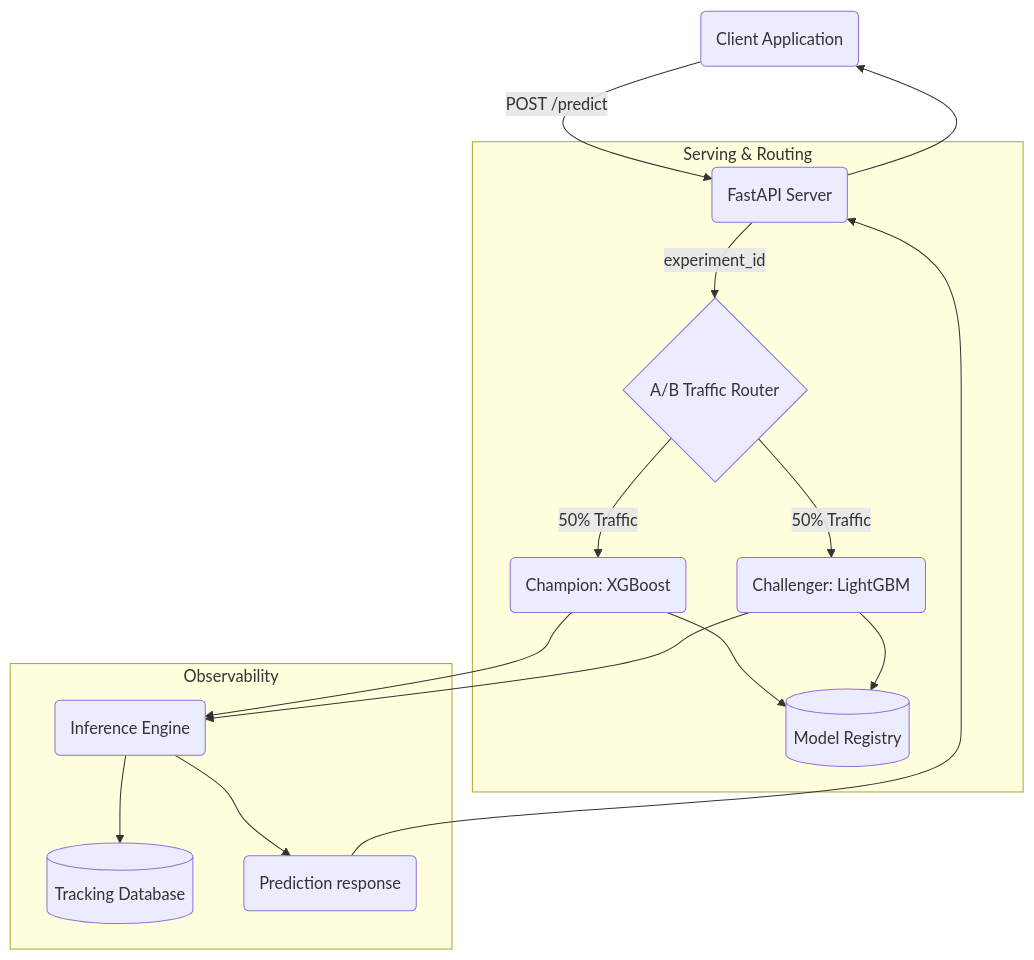
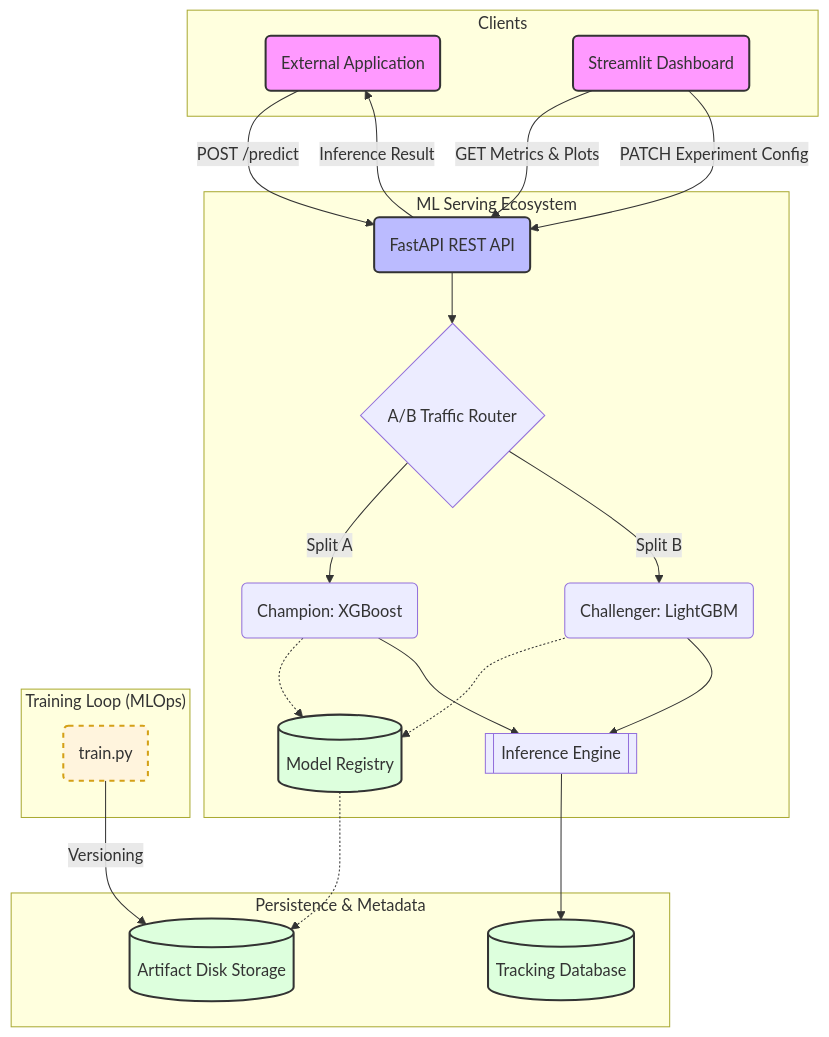
Before and after one commit to Kapish7717/MLRouter: the diagram in README.md, drawn with Mermaid.

Commit message:
Latest architecture diagram

````diff
--- a/README.md
+++ b/README.md
@@ -9,22 +9,47 @@
 ```mermaid
 graph TD
-    Client(Client Application) -->|POST /predict| API(FastAPI Server)
-    
-    subgraph Serving & Routing
-        API -->|experiment_id| Router{A/B Traffic Router}
-        Router -->|50% Traffic| ModelA(Champion: XGBoost)
-        Router -->|50% Traffic| ModelB(Challenger: LightGBM)
-        ModelA --> Registry[(Model Registry)]
-        ModelB --> Registry
+    %% Global styling
+    classDef client fill:#f9f,stroke:#333,stroke-width:2px;
+    classDef server fill:#bbf,stroke:#333,stroke-width:2px;
+    classDef database fill:#dfd,stroke:#333,stroke-width:2px;
+    classDef pipeline fill:#fff4dd,stroke:#d4a017,stroke-width:2px,stroke-dasharray: 5 5;
+
+    subgraph Clients
+        App(External Application)
+        Dashboard(Streamlit Dashboard)
     end
     
-    subgraph Observability
-        ModelA --> Infer(Inference Engine)
+    App -->|POST /predict| API(FastAPI REST API)
+    Dashboard -->|GET Metrics & Plots| API
+    Dashboard -->|PATCH Experiment Config| API
+    
+    subgraph "ML Serving Ecosystem"
+        API --> Router{A/B Traffic Router}
+        
+        Router -->|Split A| ModelA(Champion: XGBoost)
+        Router -->|Split B| ModelB(Challenger: LightGBM)
+        
+        ModelA -.-> Registry[(Model Registry)]
+        ModelB -.-> Registry
+        
+        ModelA --> Infer[[Inference Engine]]
         ModelB --> Infer
-        Infer --> Track[(Tracking Database)]
-        Infer --> Return(Prediction response)
     end
     
-    Return --> API
-    API --> Client
+    subgraph "Persistence & Metadata"
+        Infer --> DB[(Tracking Database)]
+        Registry -.-> Disk[(Artifact Disk Storage)]
+    end
+    
+    subgraph "Training Loop (MLOps)"
+        Train(train.py) -->|Versioning| Disk
+    end
+
+    API -->|Inference Result| App
+
+    %% Apply Classes
+    class App,Dashboard client;
+    class API server;
+    class DB,Disk,Registry database;
+    class Train pipeline;
 ```
````
